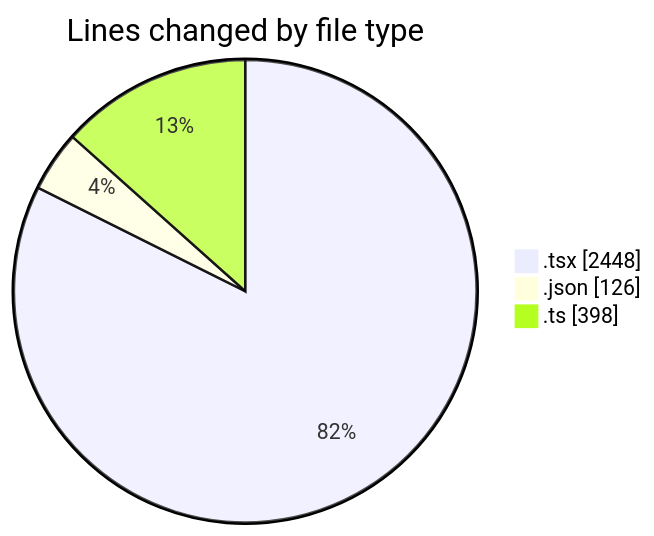
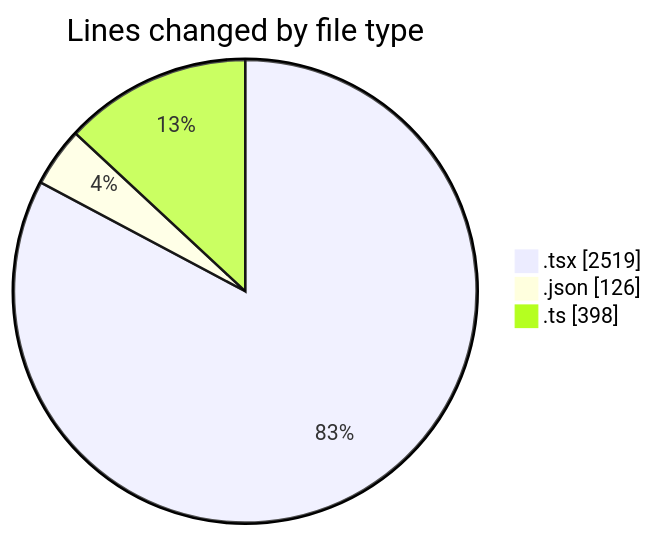
Before and after one commit to nxtqubesakshisongat/code-tracking: the first of 2 diagrams in 2026-03-30/nxtqube_webapp/README.md, drawn with Mermaid. The commit also changed other lines of this file and 1 other file, not shown here.

````diff
--- a/2026-03-30/nxtqube_webapp/README.md
+++ b/2026-03-30/nxtqube_webapp/README.md
@@ -26,7 +27,7 @@
 ```mermaid
 pie showData
 title Lines changed by file type
-".tsx" : 2448
+".tsx" : 2519
 ".json" : 126
 ".ts" : 398
 ```
````
